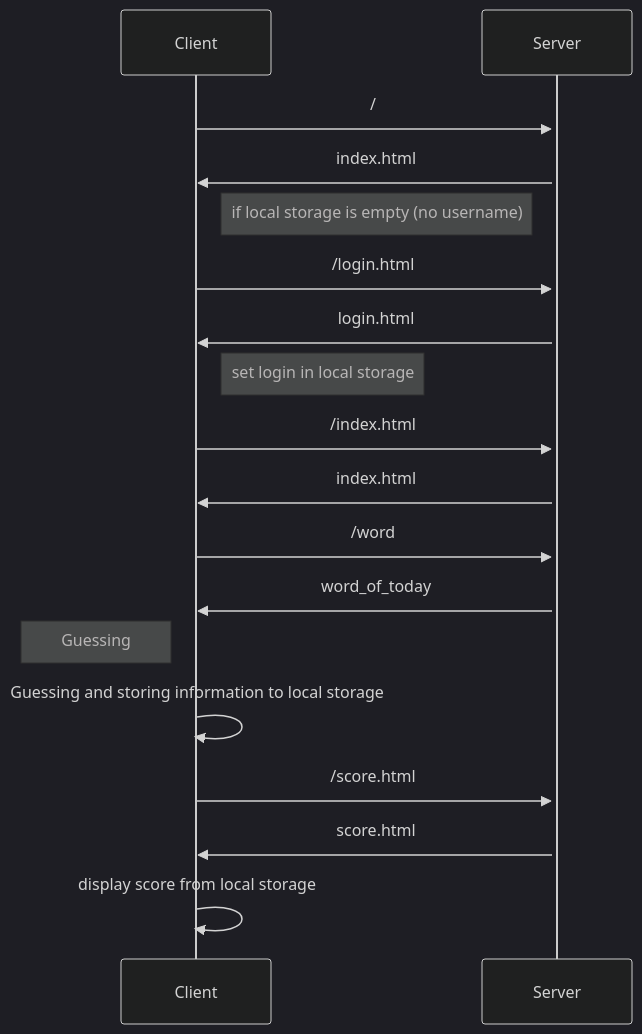
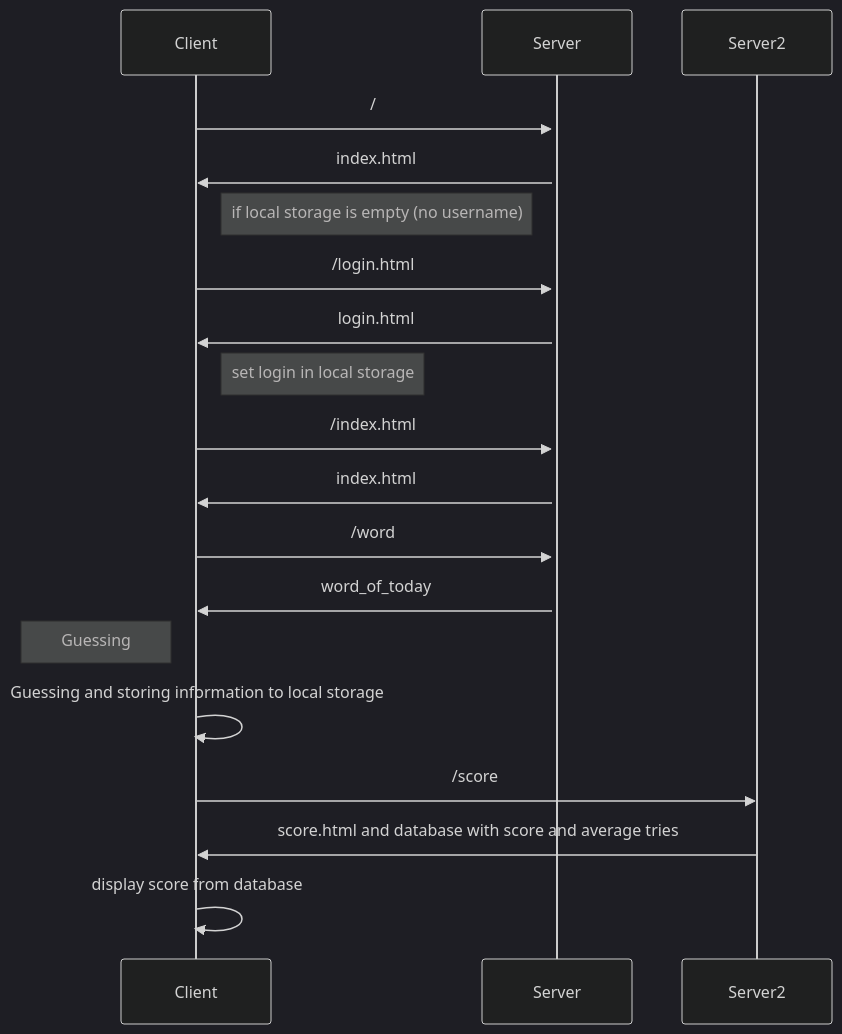
One commit to VictoriaWieca/motus_Zaafira_Victoria changed the diagram in README.md. Above: the diagram before and after it, drawn with Mermaid (dark theme). The commit also changed other lines of this file, not shown here.

````diff
--- a/README.md
+++ b/README.md
@@ -24,18 +24,18 @@
 ```mermaid
 sequenceDiagram
     Client->>+Server: /
     Server->>Client: index.html
     note right of Client : if local storage is empty (no username)
     Client->>Server: /login.html
     Server->>Client: login.html
     note right of Client : set login in local storage
     Client->>Server: /index.html
     Server->>Client: index.html
     Client->>Server: /word
     Server->>Client: word_of_today
     note left of Client: Guessing
     Client->>Client:Guessing and storing information to local storage
-    Client->>Server: /score.html
-    Server->>Client: score.html
-    Client->>Client: display score from local storage
+    Client->>Server2: /score
+    Server2->>Client: score.html and database with score and average tries
+    Client->>Client: display score from database
 ```
````
